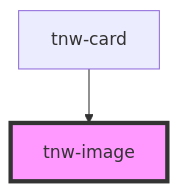
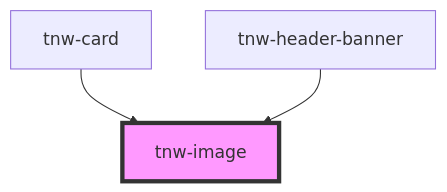
One commit to technway/technway-component-library changed the diagram in packages/stencil-library/src/components/tnw-image/readme.md. Above: the diagram before and after it, drawn with Mermaid. The commit also changed other lines of this file and 16 other files, not shown here.

Commit message:
feat(tnw-header-banner): add options to add image

````diff
--- a/packages/stencil-library/src/components/tnw-image/readme.md
+++ b/packages/stencil-library/src/components/tnw-image/readme.md
@@ -85,5 +86,6 @@
 ```mermaid
 graph TD;
   tnw-card --> tnw-image
+  tnw-header-banner --> tnw-image
   style tnw-image fill:#f9f,stroke:#333,stroke-width:4px
 ```
````
